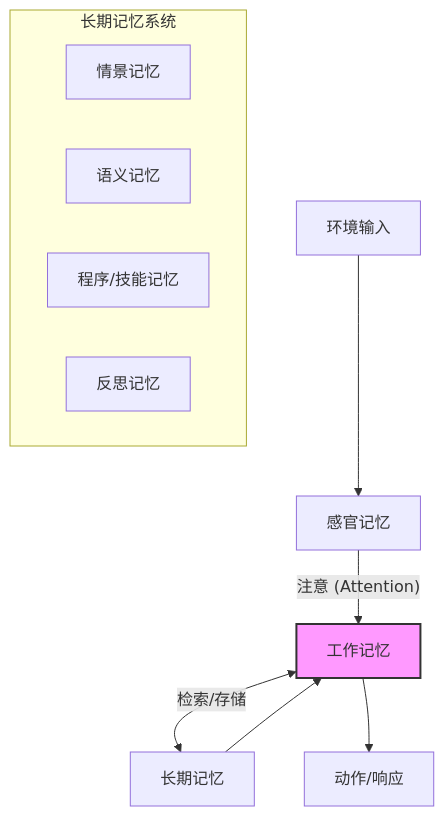
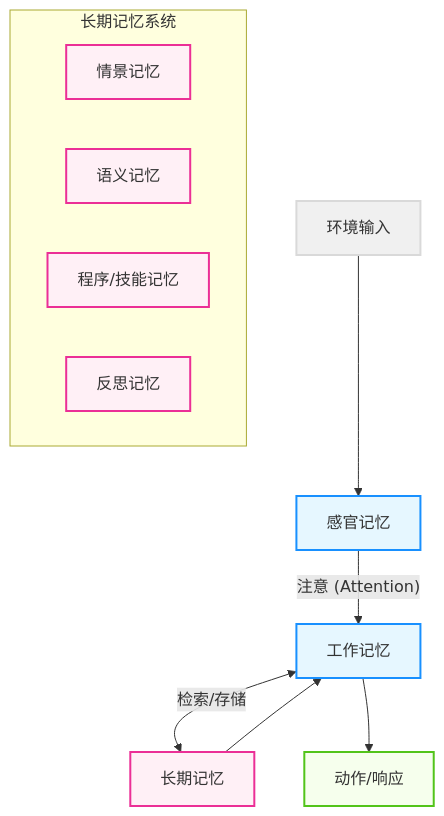
One commit to yeasy/agentic_ai_guide changed the diagram in 03_memory/3.1_memory_models.md. Above: the diagram before and after it, drawn with Mermaid. The commit also changed 36 other files, not shown here.

````diff
--- a/03_memory/3.1_memory_models.md
+++ b/03_memory/3.1_memory_models.md
@@ -35,19 +35,27 @@
 ```mermaid
 graph TD
+    %% Agentic Design System
+    classDef env fill:#f0f0f0,stroke:#d9d9d9,stroke-width:2px;
+    classDef agent fill:#e6f7ff,stroke:#1890ff,stroke-width:2px;
+    classDef memory fill:#fff0f6,stroke:#eb2f96,stroke-width:2px;
+    classDef tool fill:#f6ffed,stroke:#52c41a,stroke-width:2px;
+
     Input["环境输入"] --> Sensory["感官记忆"]
     Sensory -->|"注意 (Attention)"| Working["工作记忆"]
     Working <-->|"检索/存储"| LongTerm["长期记忆"]
     
     subgraph LongTermSystem ["长期记忆系统"]
         Episodic["情景记忆"]
         Semantic["语义记忆"]
         Procedural["程序/技能记忆"]
         Reflective["反思记忆"]
     end
     
     Working --> Output["动作/响应"]
     LongTerm --> Working
 
-    classDef distinct fill:#f9f,stroke:#333,stroke-width:2px;
-    class Working distinct;
+    class Input env;
+    class Sensory,Working agent;
+    class LongTerm,Episodic,Semantic,Procedural,Reflective memory;
+    class Output tool;
 ```
````
